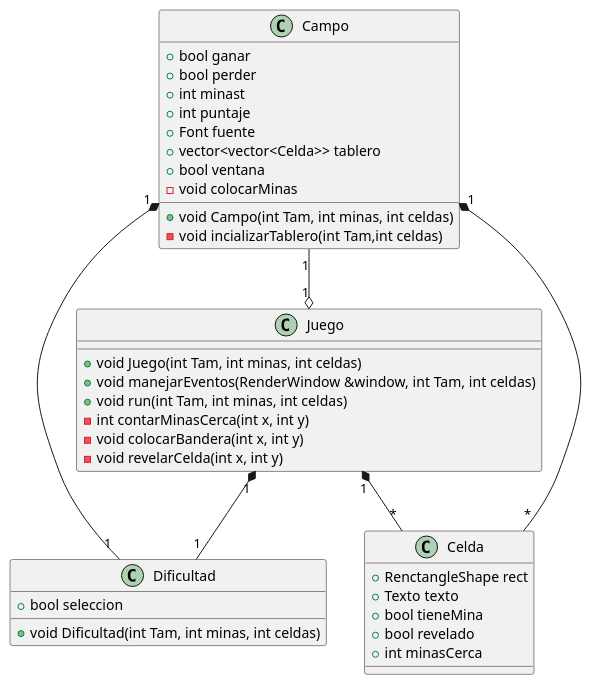
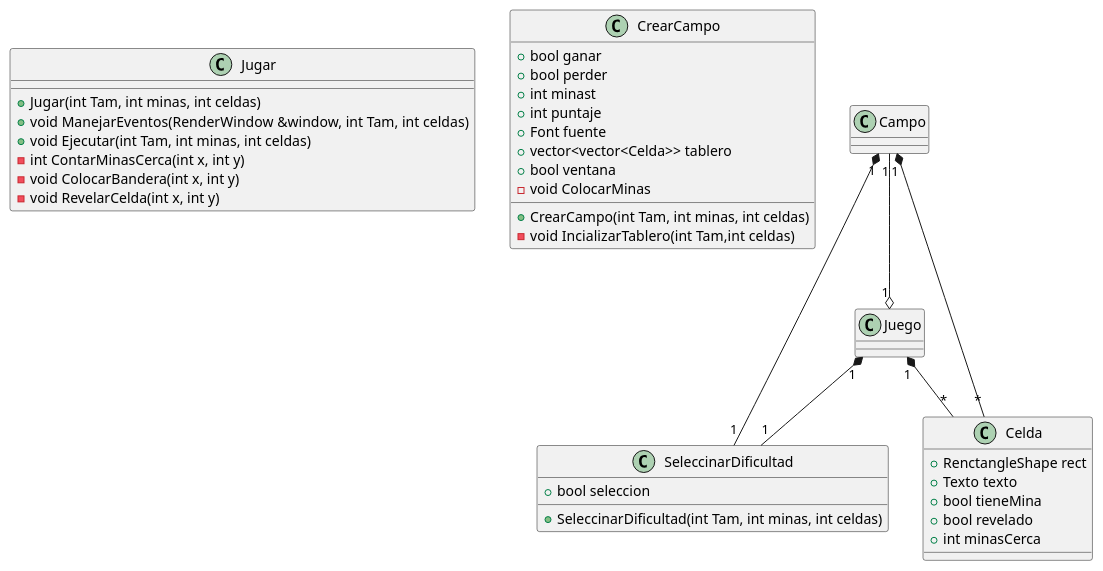
One commit to ioshua8aM/Buscaminas changed the diagram in docs/buscaminas.puml. Above: the diagram before and after it, drawn with PlantUML. The commit also changed 8 other files, not shown here.

```diff
--- a/docs/buscaminas.puml
+++ b/docs/buscaminas.puml
@@ -1,46 +1,46 @@
 @startuml buscaminas
 
-class Juego
+class Jugar
 {
-    + void Juego(int Tam, int minas, int celdas)
-    + void manejarEventos(RenderWindow &window, int Tam, int celdas)
-    + void run(int Tam, int minas, int celdas)
-    - int contarMinasCerca(int x, int y)
-    - void colocarBandera(int x, int y)
-    - void revelarCelda(int x, int y)
+    + Jugar(int Tam, int minas, int celdas)
+    + void ManejarEventos(RenderWindow &window, int Tam, int celdas)
+    + void Ejecutar(int Tam, int minas, int celdas)
+    - int ContarMinasCerca(int x, int y)
+    - void ColocarBandera(int x, int y)
+    - void RevelarCelda(int x, int y)
 
 }
-class Campo
+class CrearCampo
 {
     + bool ganar
     + bool perder
     + int minast 
     + int puntaje
     + Font fuente
     + vector<vector<Celda>> tablero
     + bool ventana
-    + void Campo(int Tam, int minas, int celdas)
-    - void incializarTablero(int Tam,int celdas)
-    - void colocarMinas
+    + CrearCampo(int Tam, int minas, int celdas)
+    - void IncializarTablero(int Tam,int celdas)
+    - void ColocarMinas
 }
-class Dificultad
+class SeleccinarDificultad
 {
-    + void Dificultad(int Tam, int minas, int celdas)
+    + SeleccinarDificultad(int Tam, int minas, int celdas)
     + bool seleccion
 }
 
 class Celda
 {
     + RenctangleShape rect
     + Texto texto
     + bool tieneMina
     + bool revelado
     + int minasCerca
 }
 
 Juego "1" *-- "*" Celda
 Campo "1" *-- "*" Celda
 Campo "1" --o "1" Juego
-Juego "1" *-- "1" Dificultad
-Campo "1" *-- "1" Dificultad
+Juego "1" *-- "1" SeleccinarDificultad
+Campo "1" *-- "1" SeleccinarDificultad
 @enduml
```
